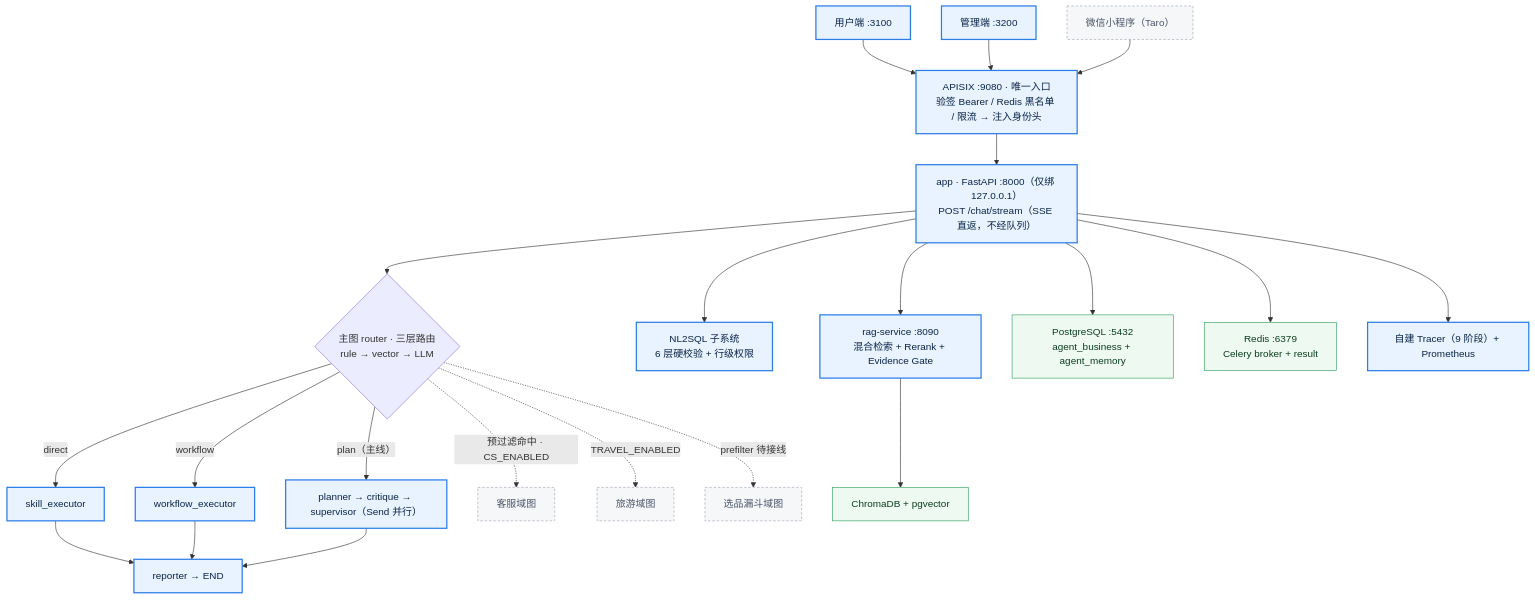
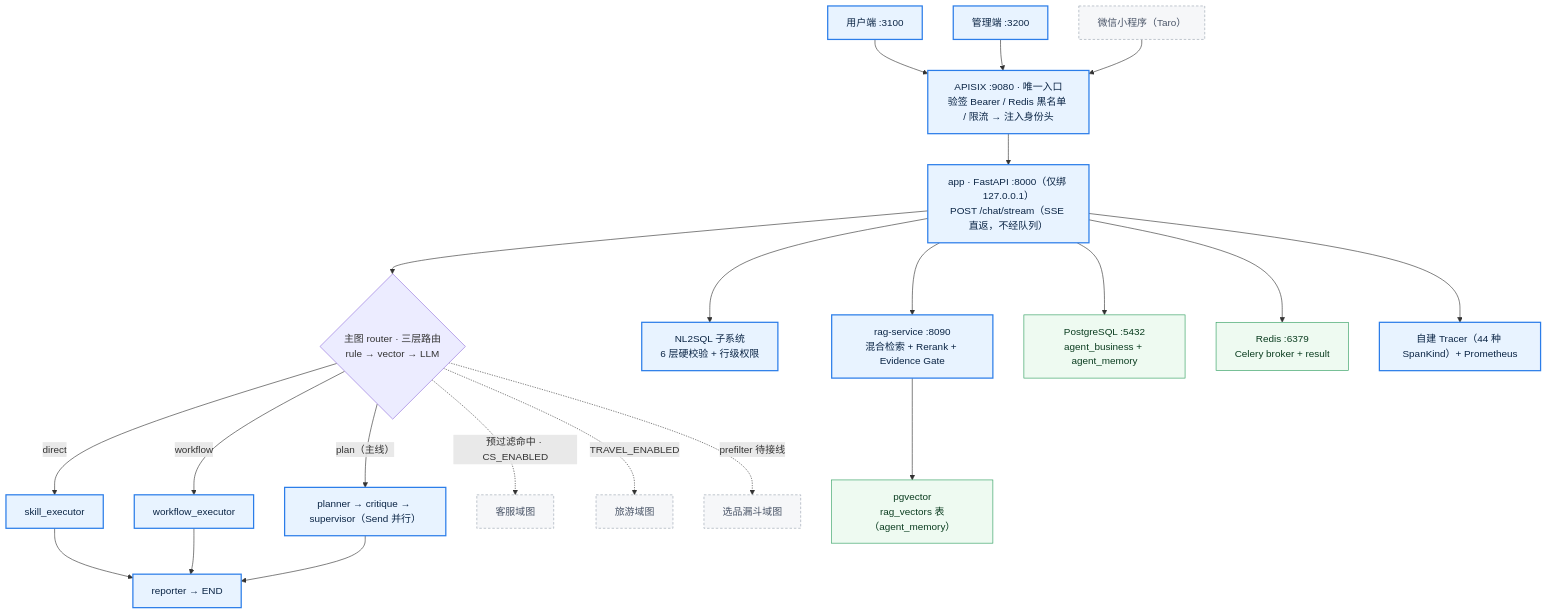
The diagram in README.md (Jayus-07/agent), drawn with Mermaid before and after one commit. The commit also changed other lines of this file, not shown here.

First line of the commit message:
docs(readme): 修正向量库口径 ChromaDB -> pgvector（迁移已于 2026-09-17 完成）

````diff
--- a/README.md
+++ b/README.md
@@ -14,36 +14,36 @@
 ```mermaid
 flowchart TB
     classDef main fill:#e8f3ff,stroke:#2b7de9,stroke-width:2px,color:#0b2545
     classDef ext  fill:#f6f7f9,stroke:#9aa4b2,stroke-dasharray:4 3,color:#4a5568
     classDef store fill:#eefaf1,stroke:#2f9e5f,color:#0b3d20
 
     W["用户端 :3100"]:::main
     AD["管理端 :3200"]:::main
     MP["微信小程序（Taro）"]:::ext
     GW["APISIX :9080 · 唯一入口<br/>验签 Bearer / Redis 黑名单 / 限流 → 注入身份头"]:::main
     APP["app · FastAPI :8000（仅绑 127.0.0.1）<br/>POST /chat/stream（SSE 直返，不经队列）"]:::main
 
     W --> GW
     AD --> GW
     MP --> GW
     GW --> APP
 
     APP --> ROUTER{"主图 router · 三层路由<br/>rule → vector → LLM"}
     ROUTER -->|direct| SE["skill_executor"]:::main
     ROUTER -->|workflow| WE["workflow_executor"]:::main
     ROUTER -->|"plan（主线）"| PL["planner → critique → supervisor（Send 并行）"]:::main
     SE --> REP["reporter → END"]:::main
     WE --> REP
     PL --> REP
 
     ROUTER -.->|"预过滤命中 · CS_ENABLED"| CS["客服域图"]:::ext
     ROUTER -.->|"TRAVEL_ENABLED"| TR["旅游域图"]:::ext
     ROUTER -.->|"prefilter 待接线"| SF["选品漏斗域图"]:::ext
 
     APP --> SQL["NL2SQL 子系统<br/>6 层硬校验 + 行级权限"]:::main
     APP --> RAGS["rag-service :8090<br/>混合检索 + Rerank + Evidence Gate"]:::main
     APP --> PG["PostgreSQL :5432<br/>agent_business + agent_memory"]:::store
     APP --> RD["Redis :6379<br/>Celery broker + result"]:::store
-    APP --> OBS["自建 Tracer（9 阶段）+ Prometheus"]:::main
-    RAGS --> CH["ChromaDB + pgvector"]:::store
+    APP --> OBS["自建 Tracer（44 种 SpanKind）+ Prometheus"]:::main
+    RAGS --> CH["pgvector<br/>rag_vectors 表（agent_memory）"]:::store
 ```
````
